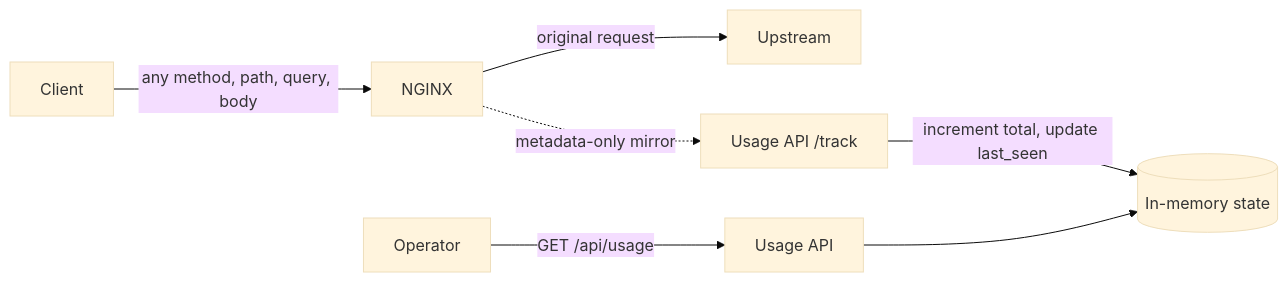
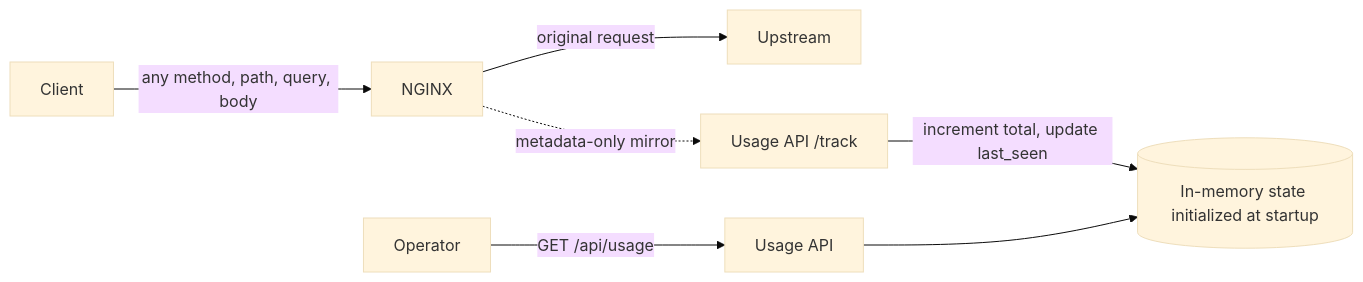
The diagram in ARCHITECTURE.md (dev1-alexwei-net/sapodilla), drawn with Mermaid (base theme) before and after one commit. The commit also changed other lines of this file and 3 other files, not shown here.

Commit message:
fix: initialize last seen at startup (#10)

````diff
--- a/ARCHITECTURE.md
+++ b/ARCHITECTURE.md
@@ -60,9 +61,9 @@
 ```mermaid
 flowchart LR
     Client -->|any method, path, query, body| NGINX
     NGINX -->|original request| Upstream
     NGINX -.->|metadata-only mirror| Track[Usage API /track]
-    Track -->|increment total, update last_seen| State[(In-memory state)]
+    Track -->|increment total, update last_seen| State[(In-memory state initialized at startup)]
     Operator -->|GET /api/usage| UsageAPI[Usage API]
     UsageAPI --> State
 ```
````
